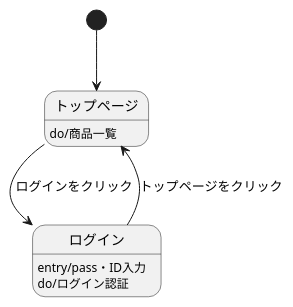
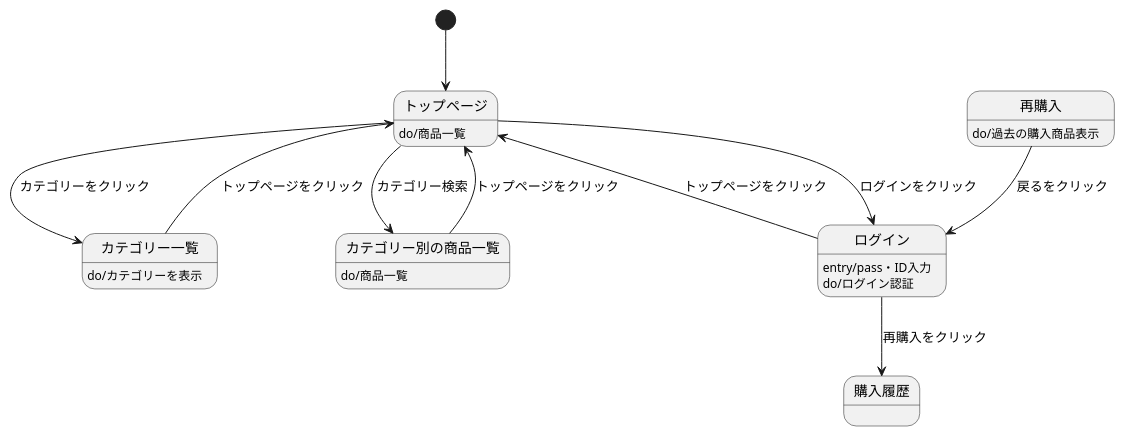
The diagram in orizinaru.md (Aso2001388/2021sys-design), drawn with PlantUML before and after one commit.

````diff
--- a/orizinaru.md
+++ b/orizinaru.md
@@ -1,10 +1,19 @@
 ```uml 
 @startuml
 [*]-->トップページ
 トップページ : do/商品一覧
 トップページ-->ログイン: ログインをクリック
 ログイン-->トップページ: トップページをクリック
 ログイン: entry/pass・ID入力
 ログイン: do/ログイン認証
+ログイン-->購入履歴: 再購入をクリック
+再購入-->ログイン: 戻るをクリック
+再購入: do/過去の購入商品表示
+トップページ-->カテゴリー一覧: カテゴリーをクリック
+カテゴリー一覧-->トップページ: トップページをクリック
+カテゴリー一覧: do/カテゴリーを表示
+トップページ-->カテゴリー別の商品一覧: カテゴリー検索
+カテゴリー別の商品一覧-->トップページ: トップページをクリック
+カテゴリー別の商品一覧: do/商品一覧
 @enduml
 ``` 
````
